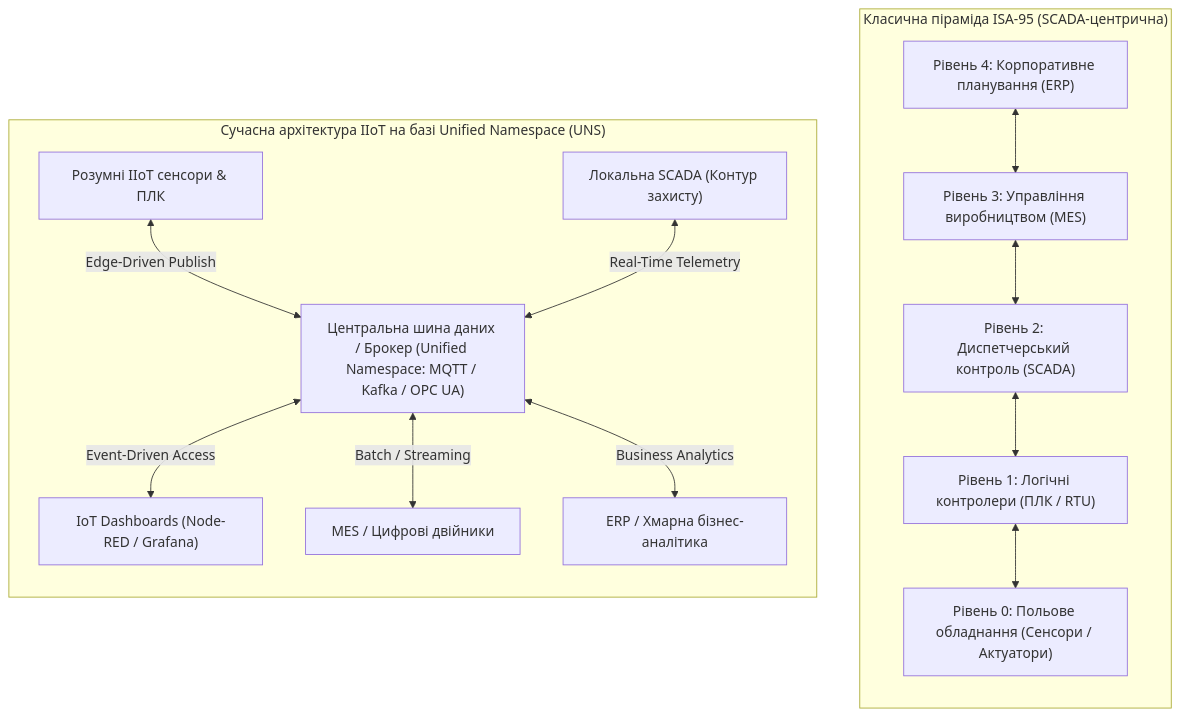
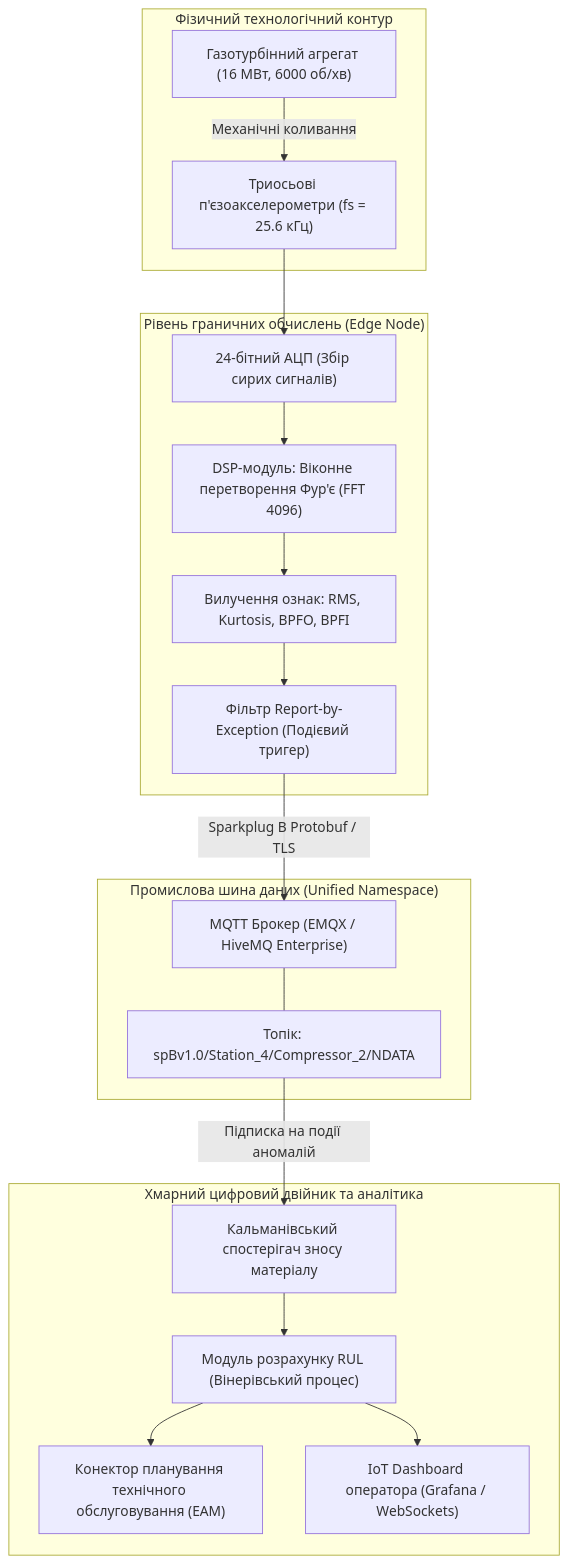
One commit to KyryloVadurin/iot-technologies changed the fourth of 4 diagrams in docs/lk/lk12.md. Above: the diagram before and after it, drawn with Mermaid. The commit also changed other lines of this file, not shown here.

````diff
--- a/docs/lk/lk12.md
+++ b/docs/lk/lk12.md
@@ -131,33 +458,40 @@
 ```mermaid
 flowchart TD
-    subgraph Traditional_ISA95["Класична піраміда ISA-95 (SCADA-центрична)"]
-        direction TB
-        ERP["Рівень 4: Корпоративне планування (ERP)"]
-        MES["Рівень 3: Управління виробництвом (MES)"]
-        SCADA["Рівень 2: Диспетчерський контроль (SCADA)"]
-        PLC["Рівень 1: Логічні контролери (ПЛК / RTU)"]
-        Field["Рівень 0: Польове обладнання (Сенсори / Актуатори)"]
-        
-        ERP <--> MES
-        MES <--> SCADA
-        SCADA <--> PLC
-        PLC <--> Field
+    subgraph Physical_Asset["Фізичний технологічний контур"]
+        Turbine["Газотурбінний агрегат (16 МВт, 6000 об/хв)"]
+        Sensors["Триосьові п'єзоакселерометри (fs = 25.6 кГц)"]
+        Turbine -->|Механічні коливання| Sensors
     end
 
-    subgraph Modern_IIoT_UNS["Сучасна архітектура IIoT на базі Unified Namespace (UNS)"]
-        direction TB
-        UNS_Broker["Центральна шина даних / Брокер (Unified Namespace: MQTT / Kafka / OPC UA)"]
+    subgraph Edge_Level["Рівень граничних обчислень (Edge Node)"]
+        ADC["24-бітний АЦП (Збір сирих сигналів)"]
+        DSP_Engine["DSP-модуль: Віконне перетворення Фур'є (FFT 4096)"]
+        Feature_Extract["Вилучення ознак: RMS, Kurtosis, BPFO, BPFI"]
+        Deadband_Filter["Фільтр Report-by-Exception (Подієвий тригер)"]
         
-        S_ERP["ERP / Хмарна бізнес-аналітика"]
-        S_MES["MES / Цифрові двійники"]
-        S_Edge["IoT Dashboards (Node-RED / Grafana)"]
-        S_SCADA["Локальна SCADA (Контур захисту)"]
-        S_SmartSensors["Розумні IIoT сенсори & ПЛК"]
+        Sensors --> ADC
+        ADC --> DSP_Engine
+        DSP_Engine --> Feature_Extract
+        Feature_Extract --> Deadband_Filter
+    end
+
+    subgraph UNS_Middleware["Промислова шина даних (Unified Namespace)"]
+        MQTT_Broker["MQTT Брокер (EMQX / HiveMQ Enterprise)"]
+        Namespace["Топік: spBv1.0/Station_4/Compressor_2/NDATA"]
+        MQTT_Broker --- Namespace
+    end
+
+    subgraph Cyber_Twin["Хмарний цифровий двійник та аналітика"]
+        State_Model["Кальманівський спостерігач зносу матеріалу"]
+        RUL_Predictor["Модуль розрахунку RUL (Вінерівський процес)"]
+        MES_Connector["Конектор планування технічного обслуговування (EAM)"]
+        Grafana_Dash["IoT Dashboard оператора (Grafana / WebSockets)"]
         
-        S_SmartSensors <-->|Edge-Driven Publish| UNS_Broker
-        S_SCADA <-->|Real-Time Telemetry| UNS_Broker
-        UNS_Broker <-->|Event-Driven Access| S_Edge
-        UNS_Broker <-->|Batch / Streaming| S_MES
-        UNS_Broker <-->|Business Analytics| S_ERP
+        State_Model --> RUL_Predictor
+        RUL_Predictor --> MES_Connector
+        RUL_Predictor --> Grafana_Dash
     end
+
+    Deadband_Filter -->|Sparkplug B Protobuf / TLS| MQTT_Broker
+    Namespace -->|Підписка на події аномалій| State_Model
 ```
````
